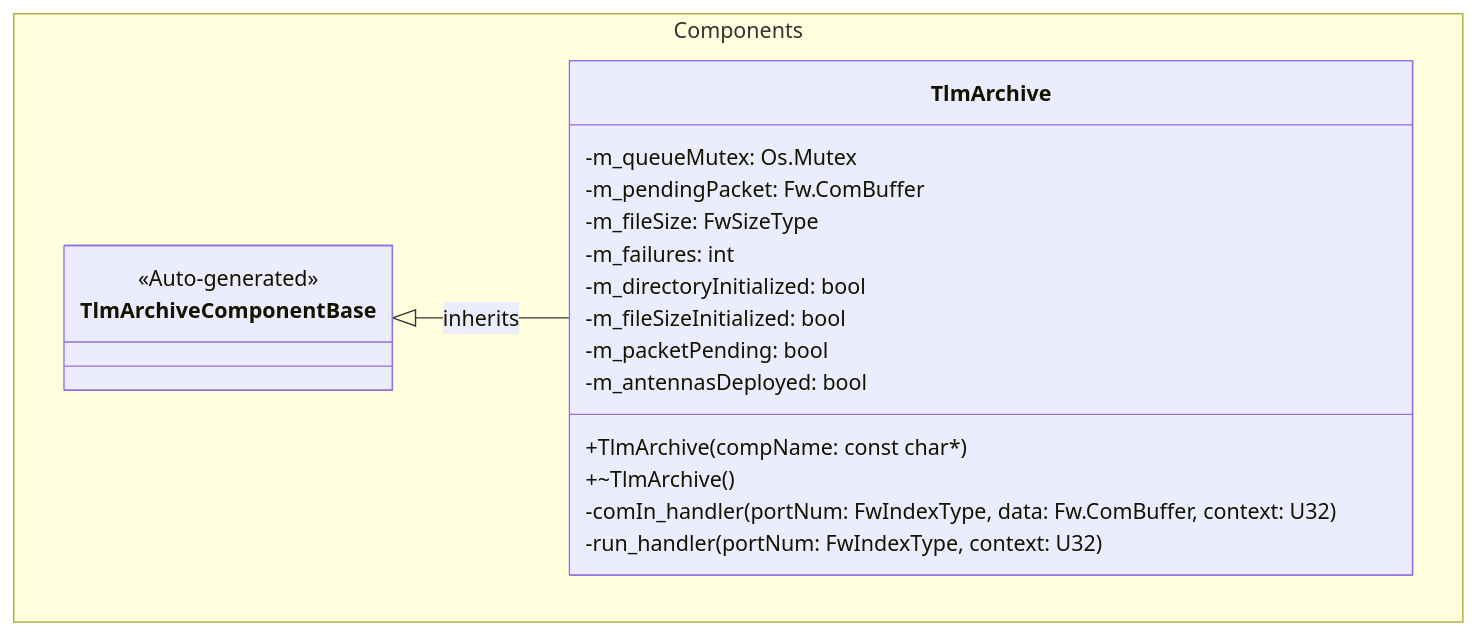
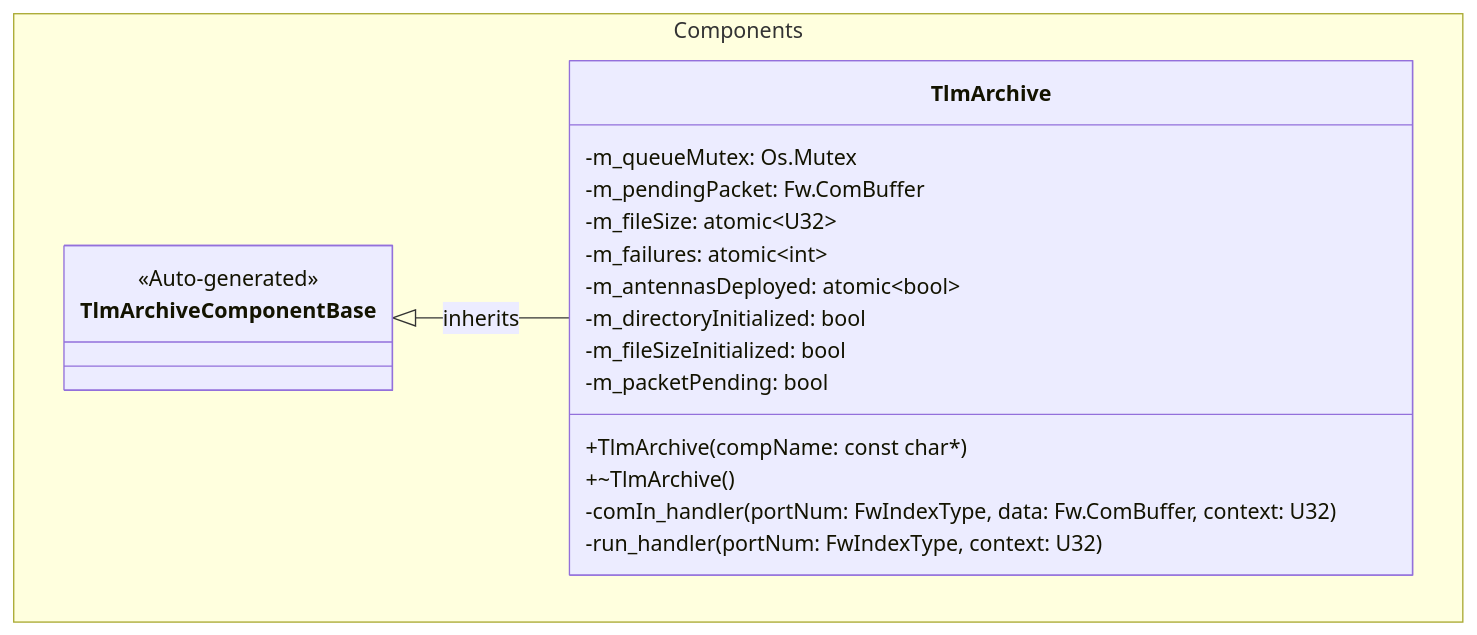
One commit to Open-Source-Space-Foundation/proves-core-reference changed the first of 2 diagrams in PROVESFlightControllerReference/Components/TlmArchive/docs/sdd.md. Above: the diagram before and after it, drawn with Mermaid. The commit also changed other lines of this file and 2 other files, not shown here.

````diff
--- a/PROVESFlightControllerReference/Components/TlmArchive/docs/sdd.md
+++ b/PROVESFlightControllerReference/Components/TlmArchive/docs/sdd.md
@@ -57,25 +58,25 @@
 ```mermaid
 classDiagram
     namespace Components {
         class TlmArchiveComponentBase {
             <<Auto-generated>>
         }
 
         class TlmArchive {
             +TlmArchive(compName: const char*)
             +~TlmArchive()
             -comIn_handler(portNum: FwIndexType, data: Fw.ComBuffer, context: U32)
             -run_handler(portNum: FwIndexType, context: U32)
             -m_queueMutex: Os.Mutex
             -m_pendingPacket: Fw.ComBuffer
-            -m_fileSize: FwSizeType
-            -m_failures: int
+            -m_fileSize: atomic~U32~
+            -m_failures: atomic~int~
+            -m_antennasDeployed: atomic~bool~
             -m_directoryInitialized: bool
             -m_fileSizeInitialized: bool
             -m_packetPending: bool
-            -m_antennasDeployed: bool
         }
     }
 
     TlmArchiveComponentBase <|-- TlmArchive : inherits
 ```
````
